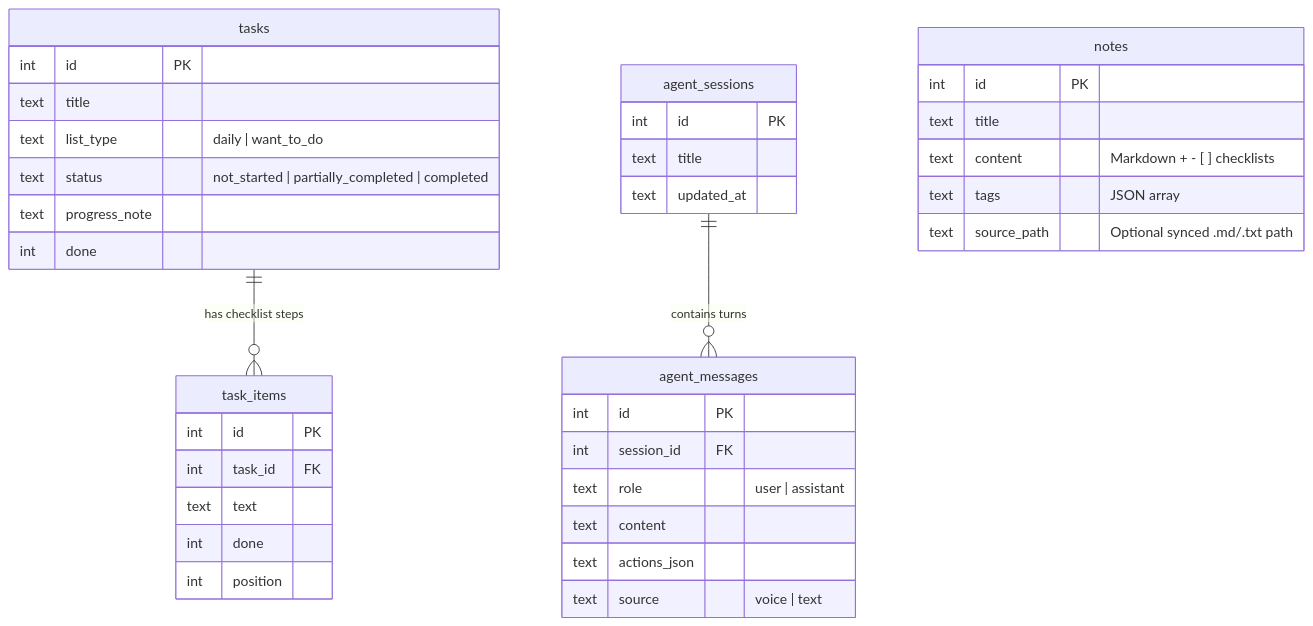
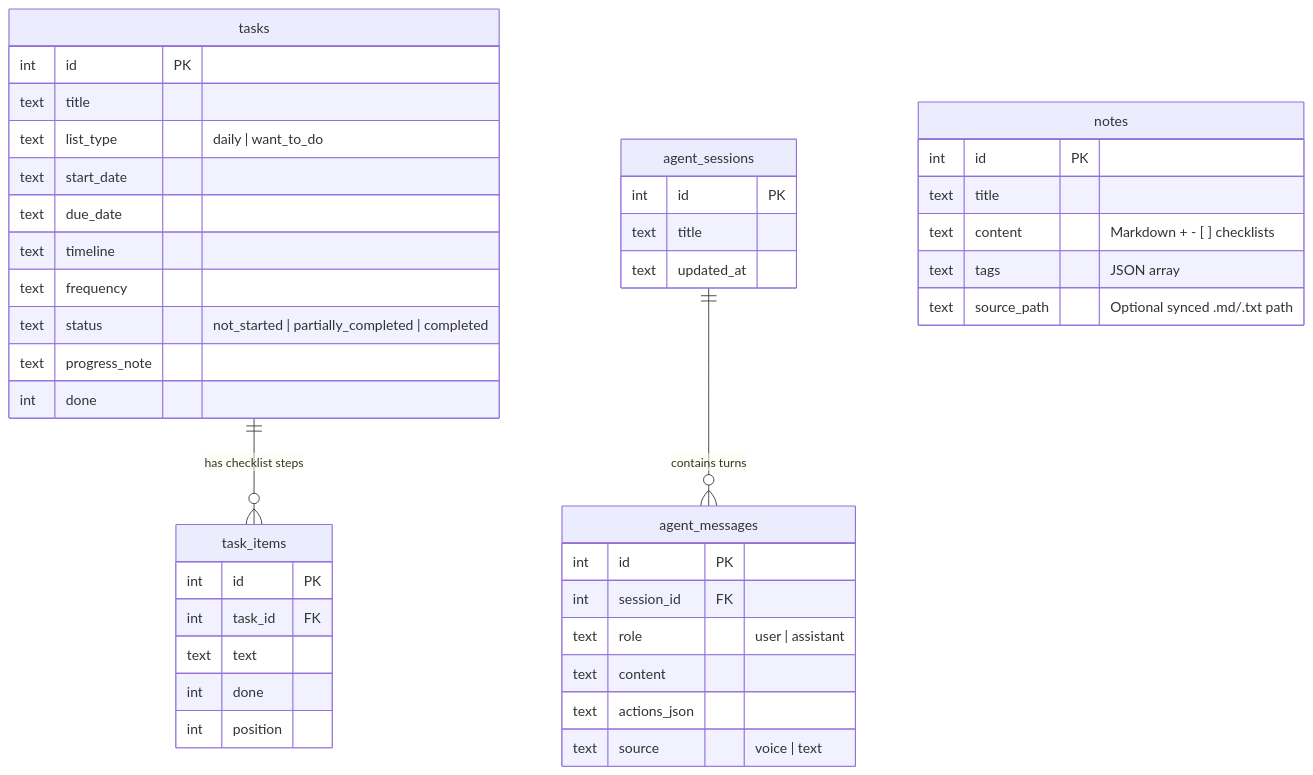
The diagram in docs/ARCHITECTURE.md (ammar-adel222/personal-life-hub), drawn with Mermaid before and after one commit. The commit also changed other lines of this file and 10 other files, not shown here.

Commit message:
fix: switch to live Groq 2026 models, add task timelines/frequencies & batch decomposition

````diff
--- a/docs/ARCHITECTURE.md
+++ b/docs/ARCHITECTURE.md
@@ -48,41 +49,45 @@
 ```mermaid
 erDiagram
     tasks ||--o{ task_items : "has checklist steps"
     agent_sessions ||--o{ agent_messages : "contains turns"
 
     tasks {
         int id PK
         text title
         text list_type "daily | want_to_do"
+        text start_date
+        text due_date
+        text timeline
+        text frequency
         text status "not_started | partially_completed | completed"
         text progress_note
         int done
     }
     task_items {
         int id PK
         int task_id FK
         text text
         int done
         int position
     }
     notes {
         int id PK
         text title
         text content "Markdown + - [ ] checklists"
         text tags "JSON array"
         text source_path "Optional synced .md/.txt path"
     }
     agent_sessions {
         int id PK
         text title
         text updated_at
     }
     agent_messages {
         int id PK
         int session_id FK
         text role "user | assistant"
         text content
         text actions_json
         text source "voice | text"
     }
 ```
````
